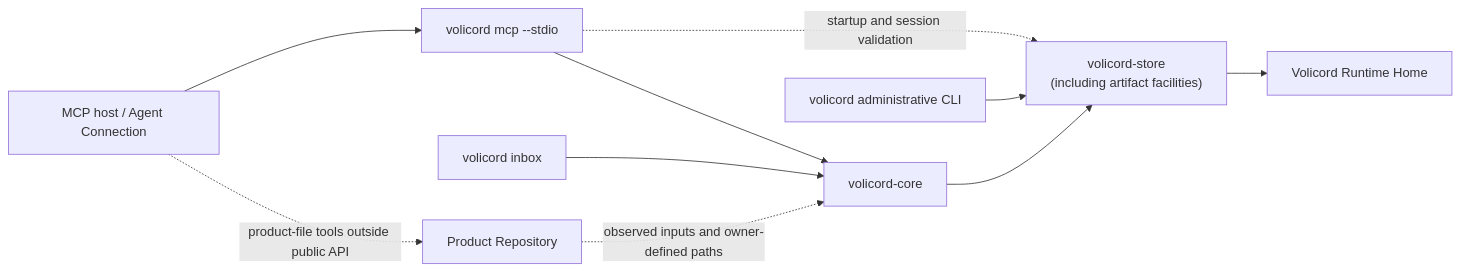
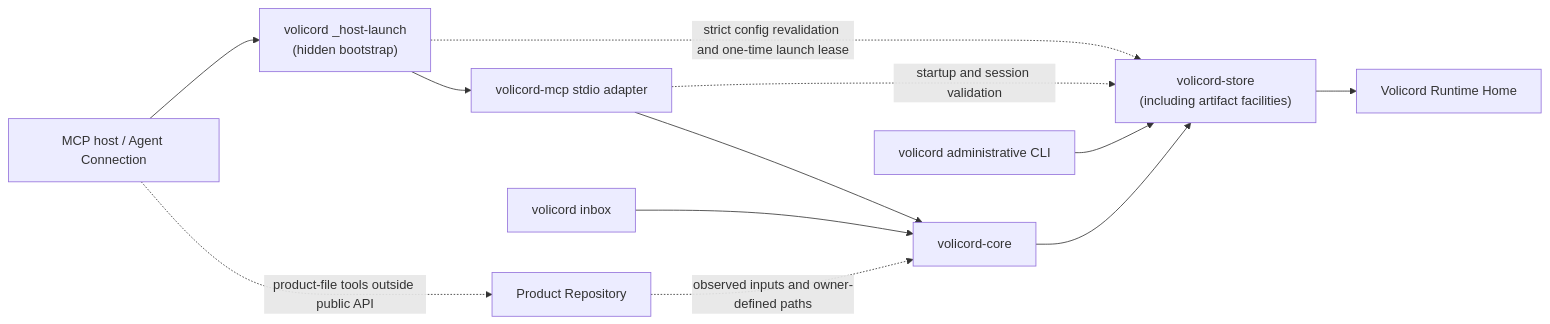
One commit to minjungw00/Volicord changed the diagram in docs/en/architecture-guide/architecture.md. Above: the diagram before and after it, drawn with Mermaid. The commit also changed other lines of this file and 62 other files, not shown here.

Commit message:
fix: bind managed MCP sessions to launch leases

````diff
--- a/docs/en/architecture-guide/architecture.md
+++ b/docs/en/architecture-guide/architecture.md
@@ -33,20 +33,22 @@
 ```mermaid
 flowchart LR
   host["MCP host / Agent Connection"]
-  mcp["volicord mcp --stdio"]
+  launcher["volicord _host-launch<br/>(hidden bootstrap)"]
+  mcp["volicord-mcp stdio adapter"]
   cli["volicord administrative CLI"]
   inbox["volicord inbox"]
   core["volicord-core"]
   store["volicord-store<br/>(including artifact facilities)"]
   runtime["Volicord Runtime Home"]
   product["Product Repository"]
 
-  host --> mcp --> core
+  host --> launcher --> mcp --> core
+  launcher -. strict config revalidation and one-time launch lease .-> store
   mcp -. startup and session validation .-> store
   cli --> store
   inbox --> core
   core --> store
   store --> runtime
   product -. observed inputs and owner-defined paths .-> core
   host -. product-file tools outside public API .-> product
 ```
````
